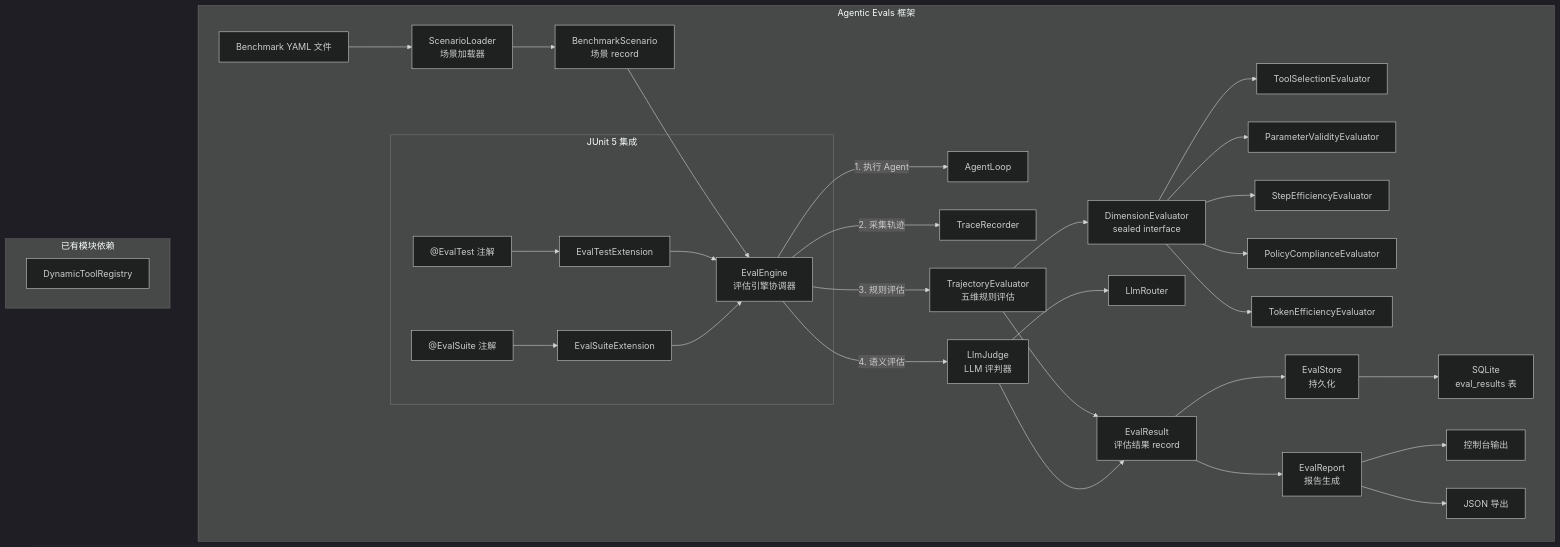
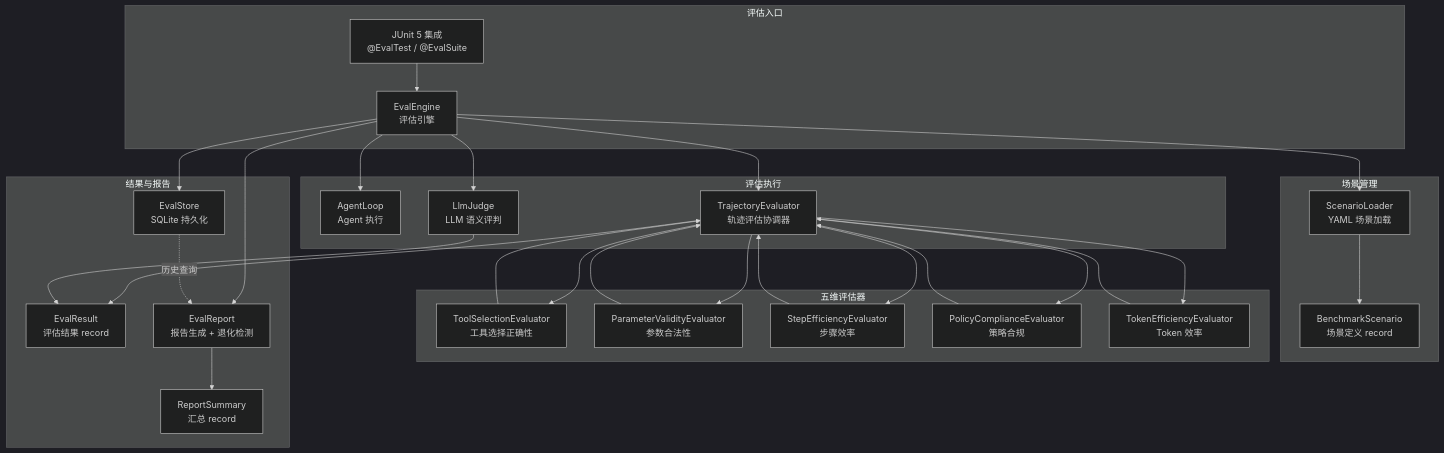
The first of 3 diagrams in docs/architecture/agentic-evals.md (ntygod/LifePilot), drawn with Mermaid (dark theme) before and after one commit. The commit also changed other lines of this file and 1 other file, not shown here.

Commit message:
docs(eval): 重写 agentic-evals 架构文档和特性文档

````diff
--- a/docs/architecture/agentic-evals.md
+++ b/docs/architecture/agentic-evals.md
@@ -47,46 +13,48 @@
 ```mermaid
-graph TD
-    subgraph "Agentic Evals 框架"
-        YAML["Benchmark YAML 文件"] --> SL["ScenarioLoader<br/>场景加载器"]
-        SL --> BS["BenchmarkScenario<br/>场景 record"]
-
-        BS --> EE["EvalEngine<br/>评估引擎协调器"]
-        EE --> |"1. 执行 Agent"| AL["AgentLoop"]
-        EE --> |"2. 采集轨迹"| TR["TraceRecorder"]
-        EE --> |"3. 规则评估"| TE["TrajectoryEvaluator<br/>五维规则评估"]
-        EE --> |"4. 语义评估"| LJ["LlmJudge<br/>LLM 评判器"]
-
-        TE --> DE["DimensionEvaluator<br/>sealed interface"]
-        DE --> D1["ToolSelectionEvaluator"]
-        DE --> D2["ParameterValidityEvaluator"]
-        DE --> D3["StepEfficiencyEvaluator"]
-        DE --> D4["PolicyComplianceEvaluator"]
-        DE --> D5["TokenEfficiencyEvaluator"]
-
-        LJ --> LR["LlmRouter"]
-
-        TE --> ER["EvalResult<br/>评估结果 record"]
-        LJ --> ER
-
-        ER --> ES["EvalStore<br/>持久化"]
-        ES --> DB["SQLite<br/>eval_results 表"]
-
-        ER --> REP["EvalReport<br/>报告生成"]
-        REP --> CONSOLE["控制台输出"]
-        REP --> JSON["JSON 导出"]
-
-        subgraph "JUnit 5 集成"
-            ET["@EvalTest 注解"] --> EXT["EvalTestExtension"]
-            SUITE["@EvalSuite 注解"] --> SEXT["EvalSuiteExtension"]
-            EXT --> EE
-            SEXT --> EE
-        end
+graph TB
+    subgraph "评估入口"
+        JU["JUnit 5 集成<br/>@EvalTest / @EvalSuite"]
+        EE["EvalEngine<br/>评估引擎"]
     end
 
-    subgraph "已有模块依赖"
-        AL
-        TR
-        LR
-        DTR["DynamicToolRegistry"]
+    subgraph "场景管理"
+        SL["ScenarioLoader<br/>YAML 场景加载"]
+        BS["BenchmarkScenario<br/>场景定义 record"]
     end
+
+    subgraph "评估执行"
+        AL["AgentLoop<br/>Agent 执行"]
+        TE["TrajectoryEvaluator<br/>轨迹评估协调器"]
+        LJ["LlmJudge<br/>LLM 语义评判"]
+    end
+
+    subgraph "五维评估器"
+        TS["ToolSelectionEvaluator<br/>工具选择正确性"]
+        PV["ParameterValidityEvaluator<br/>参数合法性"]
+        SE["StepEfficiencyEvaluator<br/>步骤效率"]
+        PC["PolicyComplianceEvaluator<br/>策略合规"]
+        TK["TokenEfficiencyEvaluator<br/>Token 效率"]
+    end
+
+    subgraph "结果与报告"
+        ER["EvalResult<br/>评估结果 record"]
+        ES["EvalStore<br/>SQLite 持久化"]
+        RP["EvalReport<br/>报告生成 + 退化检测"]
+        RS["ReportSummary<br/>汇总 record"]
+    end
+
+    JU --> EE
+    EE --> SL
+    SL --> BS
+    EE --> AL
+    EE --> TE
+    EE --> LJ
+    TE --> TS & PV & SE & PC & TK
+    TS & PV & SE & PC & TK --> TE
+    TE --> ER
+    LJ --> ER
+    EE --> ES
+    EE --> RP
+    RP --> RS
+    ES -.->|"历史查询"| RP
 ```
````
